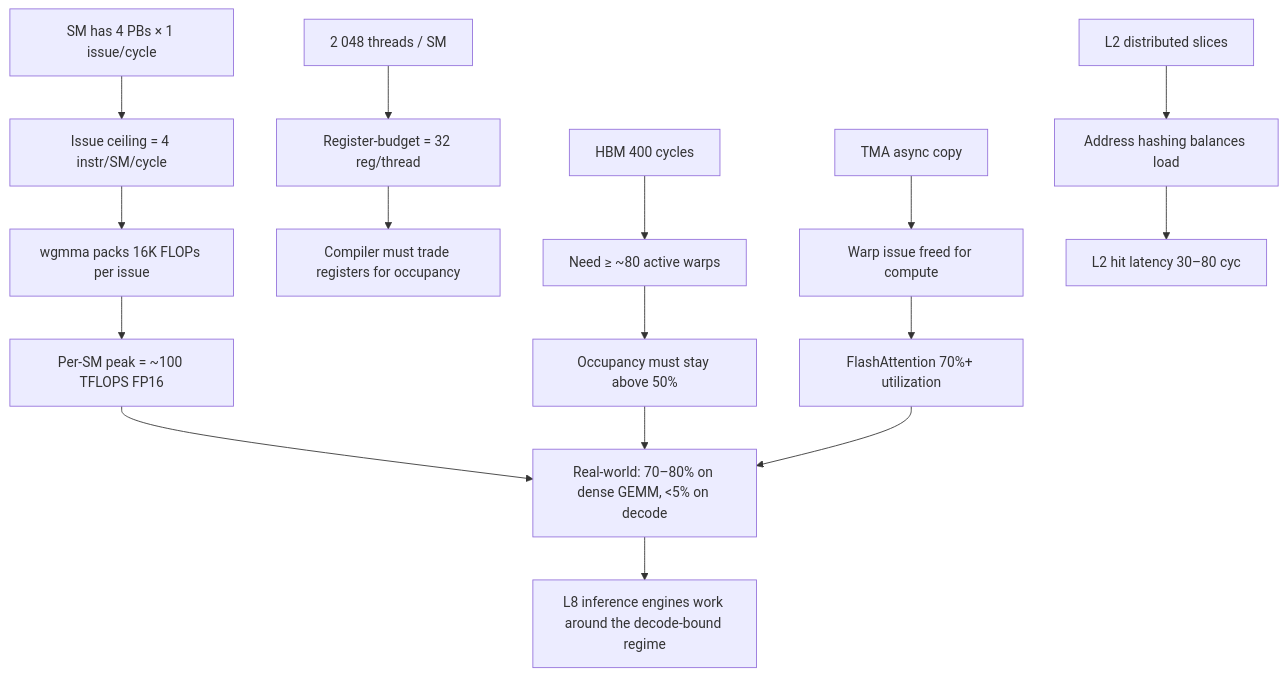
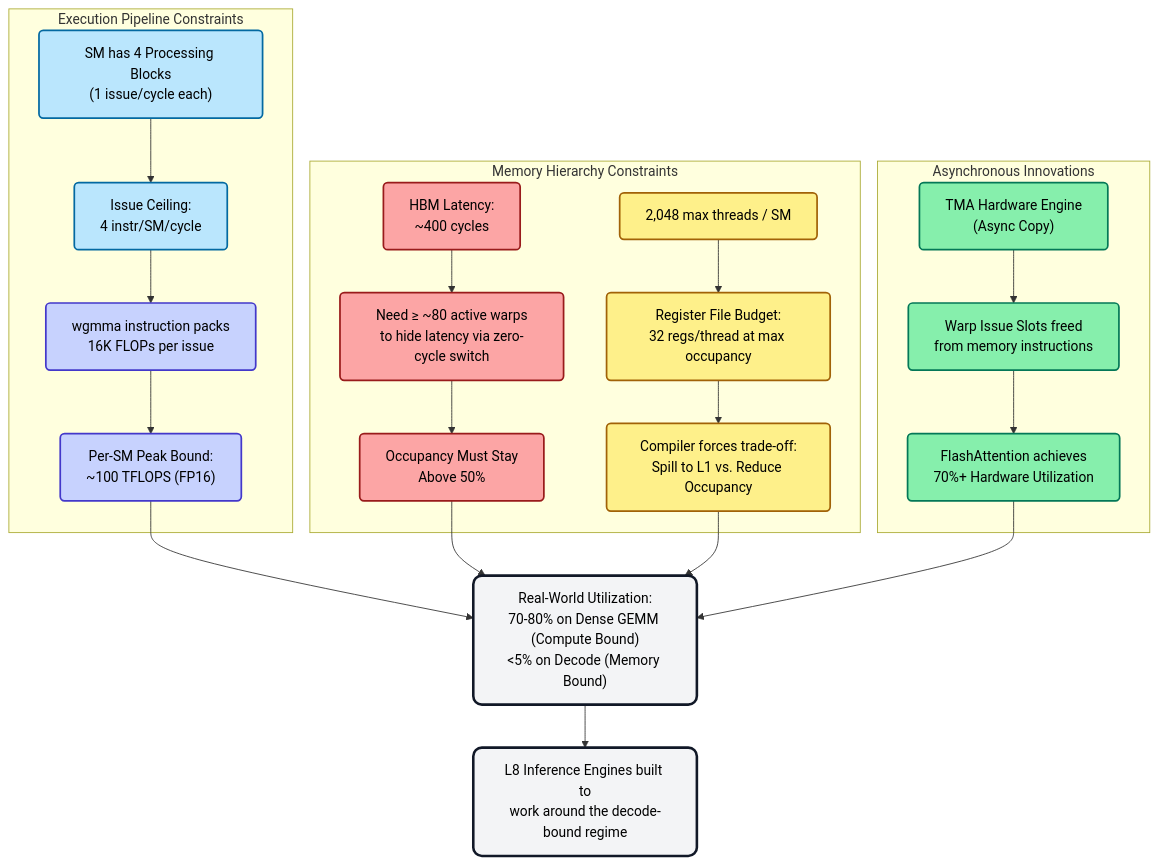
The third of 3 diagrams in ai_infra/L3_Microarchitecture/GPU_Architecture.md (Wty2003328/ai_infra_intro), drawn with Mermaid before and after one commit. The commit also changed other lines of this file and 13 other files, not shown here.

````diff
--- a/ai_infra/L3_Microarchitecture/GPU_Architecture.md
+++ b/ai_infra/L3_Microarchitecture/GPU_Architecture.md
@@ -299,21 +389,31 @@
 ```mermaid
 flowchart TD
-    A[SM has 4 PBs × 1 issue/cycle] --> B[Issue ceiling = 4 instr/SM/cycle]
-    B --> C[wgmma packs 16K FLOPs per issue]
-    C --> D[Per-SM peak = ~100 TFLOPS FP16]
+    subgraph EXEC["Execution Pipeline Constraints"]
+        A["SM has 4 Processing Blocks<br/>(1 issue/cycle each)"]:::exec --> B["Issue Ceiling:<br/>4 instr/SM/cycle"]:::exec
+        B --> C["wgmma instruction packs<br/>16K FLOPs per issue"]:::tc
+        C --> D["Per-SM Peak Bound:<br/>~100 TFLOPS (FP16)"]:::tc
+    end
 
-    E[2 048 threads / SM] --> F[Register-budget = 32 reg/thread]
-    F --> G[Compiler must trade registers for occupancy]
+    subgraph MEM["Memory Hierarchy Constraints"]
+        E["HBM Latency:<br/>~400 cycles"]:::mem --> F["Need ≥ ~80 active warps<br/>to hide latency via zero-cycle switch"]:::mem
+        F --> G["Occupancy Must Stay<br/>Above 50%"]:::mem
+        
+        H["2,048 max threads / SM"]:::reg --> I["Register File Budget:<br/>32 regs/thread at max occupancy"]:::reg
+        I --> J["Compiler forces trade-off:<br/>Spill to L1 vs. Reduce Occupancy"]:::reg
+    end
 
-    H[HBM 400 cycles] --> I[Need ≥ ~80 active warps]
-    I --> J[Occupancy must stay above 50%]
+    subgraph ASYNC["Asynchronous Innovations"]
+        K["TMA Hardware Engine<br/>(Async Copy)"]:::tma --> L["Warp Issue Slots freed<br/>from memory instructions"]:::tma
+        L --> M["FlashAttention achieves<br/>70%+ Hardware Utilization"]:::tma
+    end
 
-    K[TMA async copy] --> L[Warp issue freed for compute]
-    L --> M[FlashAttention 70%+ utilization]
+    D & G & J & M --> Q["Real-World Utilization:<br/>70-80% on Dense GEMM (Compute Bound)<br/><5% on Decode (Memory Bound)"]:::result
+    Q --> R["L8 Inference Engines built to<br/>work around the decode-bound regime"]:::result
 
-    N[L2 distributed slices] --> O[Address hashing balances load]
-    O --> P[L2 hit latency 30–80 cyc]
-
-    D & J & M --> Q[Real-world: 70–80% on dense GEMM, <5% on decode]
-    Q --> R[L8 inference engines work around the decode-bound regime]
+    classDef exec fill:#bae6fd,stroke:#0369a1,stroke-width:2px,color:#000,rx:5px,ry:5px
+    classDef tc fill:#c7d2fe,stroke:#4338ca,stroke-width:2px,color:#000,rx:5px,ry:5px
+    classDef mem fill:#fca5a5,stroke:#991b1b,stroke-width:2px,color:#000,rx:5px,ry:5px
+    classDef reg fill:#fef08a,stroke:#a16207,stroke-width:2px,color:#000,rx:5px,ry:5px
+    classDef tma fill:#86efac,stroke:#047857,stroke-width:2px,color:#000,rx:5px,ry:5px
+    classDef result fill:#f3f4f6,stroke:#111827,stroke-width:3px,color:#000,rx:10px,ry:10px
 ```
````
